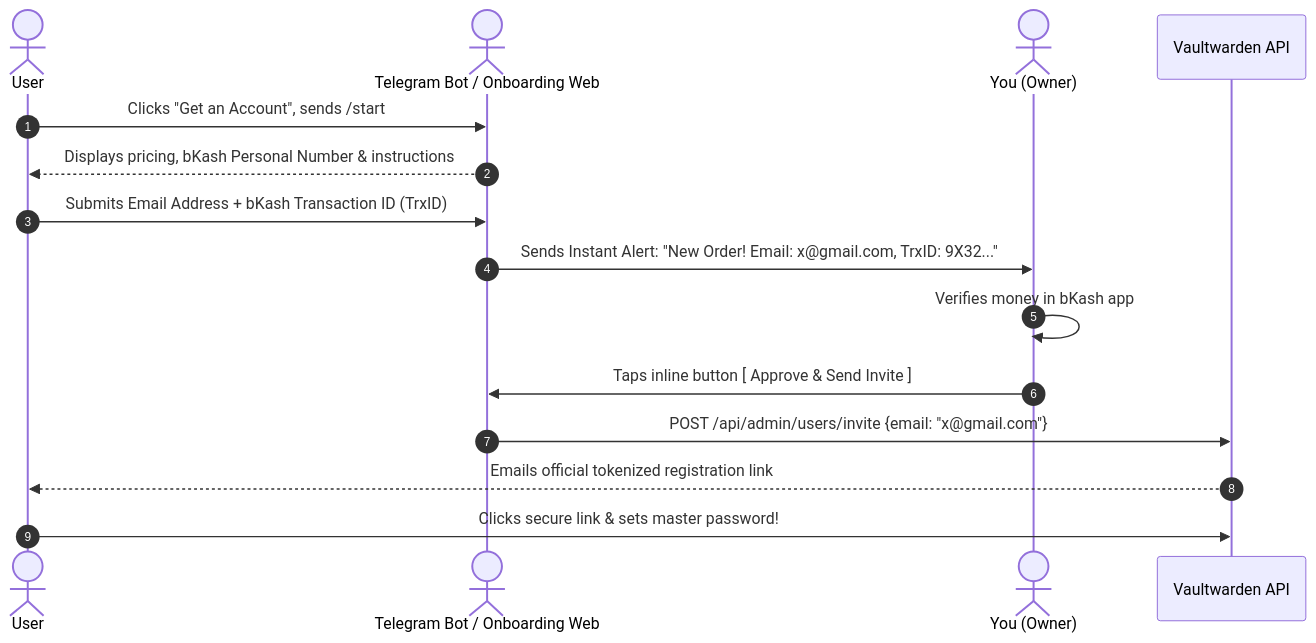
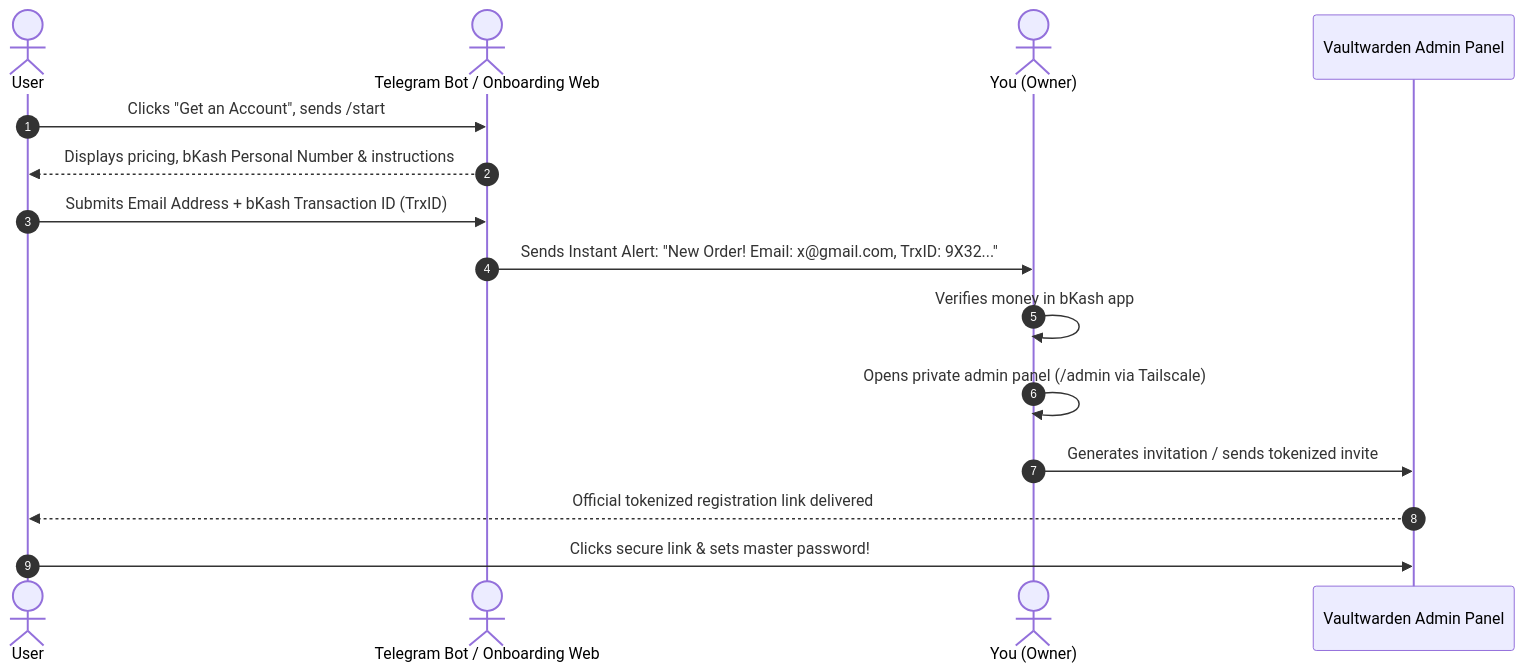
Before and after one commit to snowfox-rubait/lab: the diagram in projects/03-vaultwarden-service/README.md, drawn with Mermaid. The commit also changed other lines of this file and 6 other files, not shown here.

Commit message:
fix: resolve Vaultwarden admin 404/CSP wasm/URL fragment issues, sync bridge tables, populate project 01 README, and link common-troubles

````diff
--- a/projects/03-vaultwarden-service/README.md
+++ b/projects/03-vaultwarden-service/README.md
@@ -115,18 +141,18 @@
 ```mermaid
 sequenceDiagram
     autonumber
     actor Customer as User
     actor Bot as Telegram Bot / Onboarding Web
     actor Admin as You (Owner)
-    participant VW as Vaultwarden API
+    participant VW as Vaultwarden Admin Panel
     
     Customer->>Bot: Clicks "Get an Account", sends /start
     Bot-->>Customer: Displays pricing, bKash Personal Number & instructions
     Customer->>Bot: Submits Email Address + bKash Transaction ID (TrxID)
     Bot->>Admin: Sends Instant Alert: "New Order! Email: x@gmail.com, TrxID: 9X32..."
     Admin->>Admin: Verifies money in bKash app
-    Admin->>Bot: Taps inline button [ Approve & Send Invite ]
-    Bot->>VW: POST /api/admin/users/invite {email: "x@gmail.com"}
-    VW-->>Customer: Emails official tokenized registration link
+    Admin->>Admin: Opens private admin panel (/admin via Tailscale)
+    Admin->>VW: Generates invitation / sends tokenized invite
+    VW-->>Customer: Official tokenized registration link delivered
     Customer->>VW: Clicks secure link & sets master password!
 ```
````
